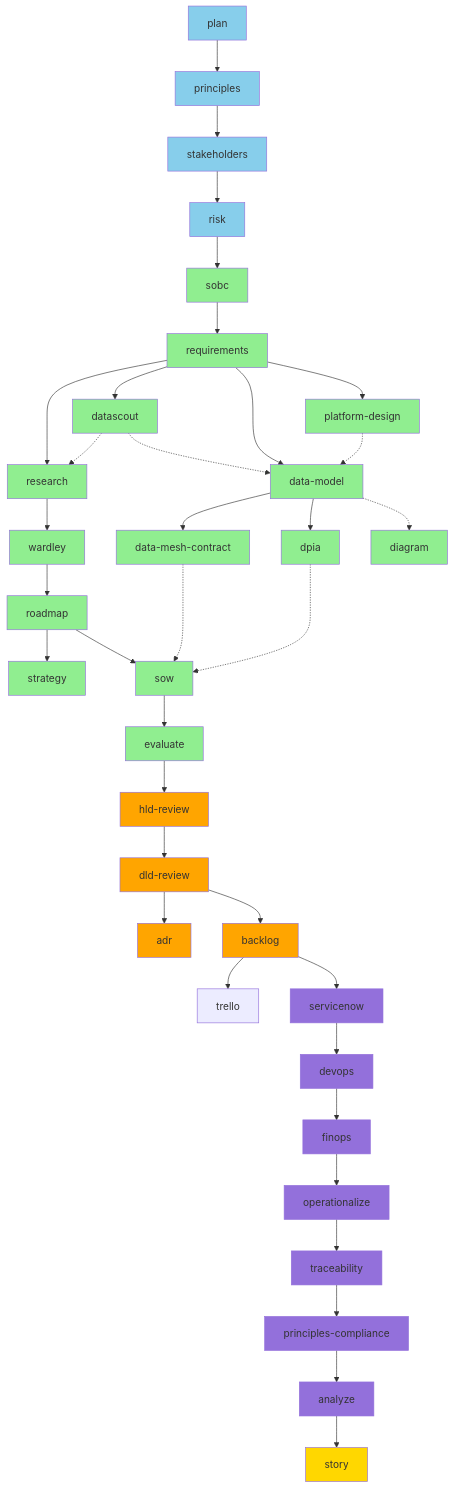
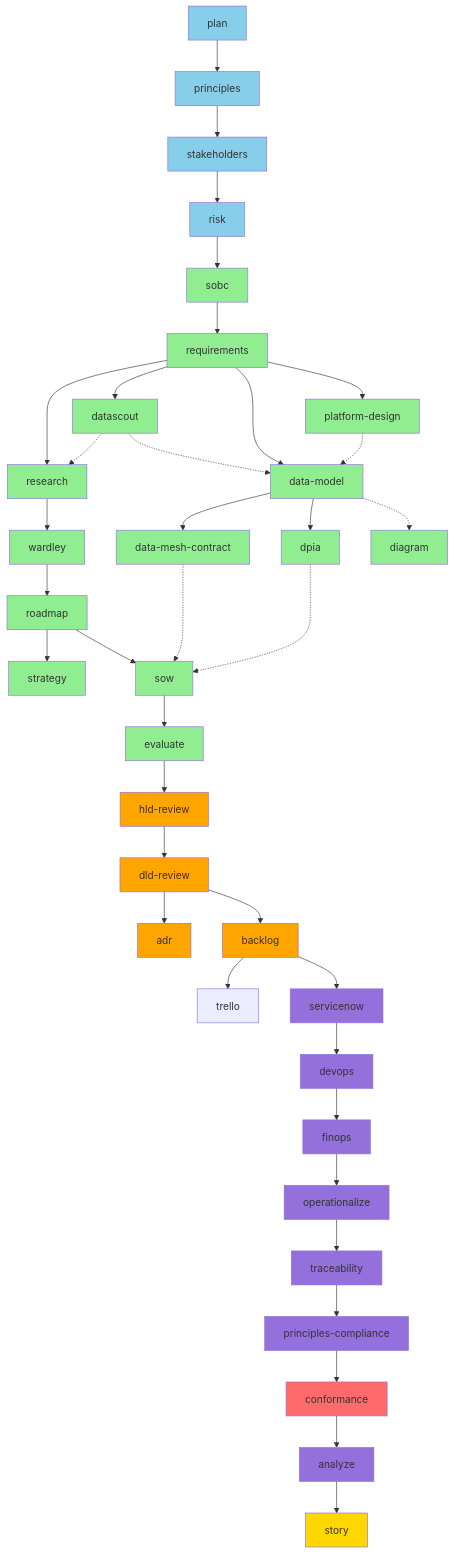
One commit to tractorjuice/arc-kit changed the first of 9 diagrams in WORKFLOW-DIAGRAMS.md. Above: the diagram before and after it, drawn with Mermaid. The commit also changed other lines of this file and 40 other files, not shown here.

First line of the commit message:
release: v2.9.0 — architecture conformance assessment command (#55)

````diff
--- a/WORKFLOW-DIAGRAMS.md
+++ b/WORKFLOW-DIAGRAMS.md
@@ -68,7 +68,8 @@
     U1a --> U2[operationalize]
     U2 --> V[traceability]
     V --> V1[principles-compliance]
-    V1 --> W[analyze]
+    V1 --> V2[conformance]
+    V2 --> W[analyze]
 
     %% Tier 11: Reporting
     W --> X[story]
@@ -101,6 +102,7 @@
     style U2 fill:#9370DB
     style V fill:#9370DB
     style V1 fill:#9370DB
+    style V2 fill:#FF6B6B
     style W fill:#9370DB
     style X fill:#FFD700
 ```
````
